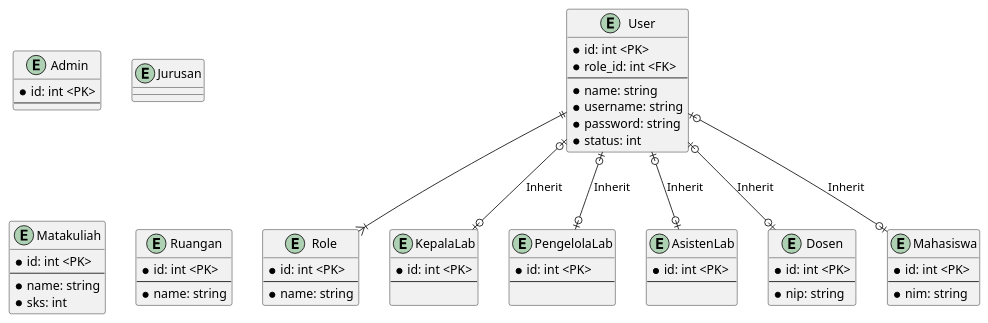
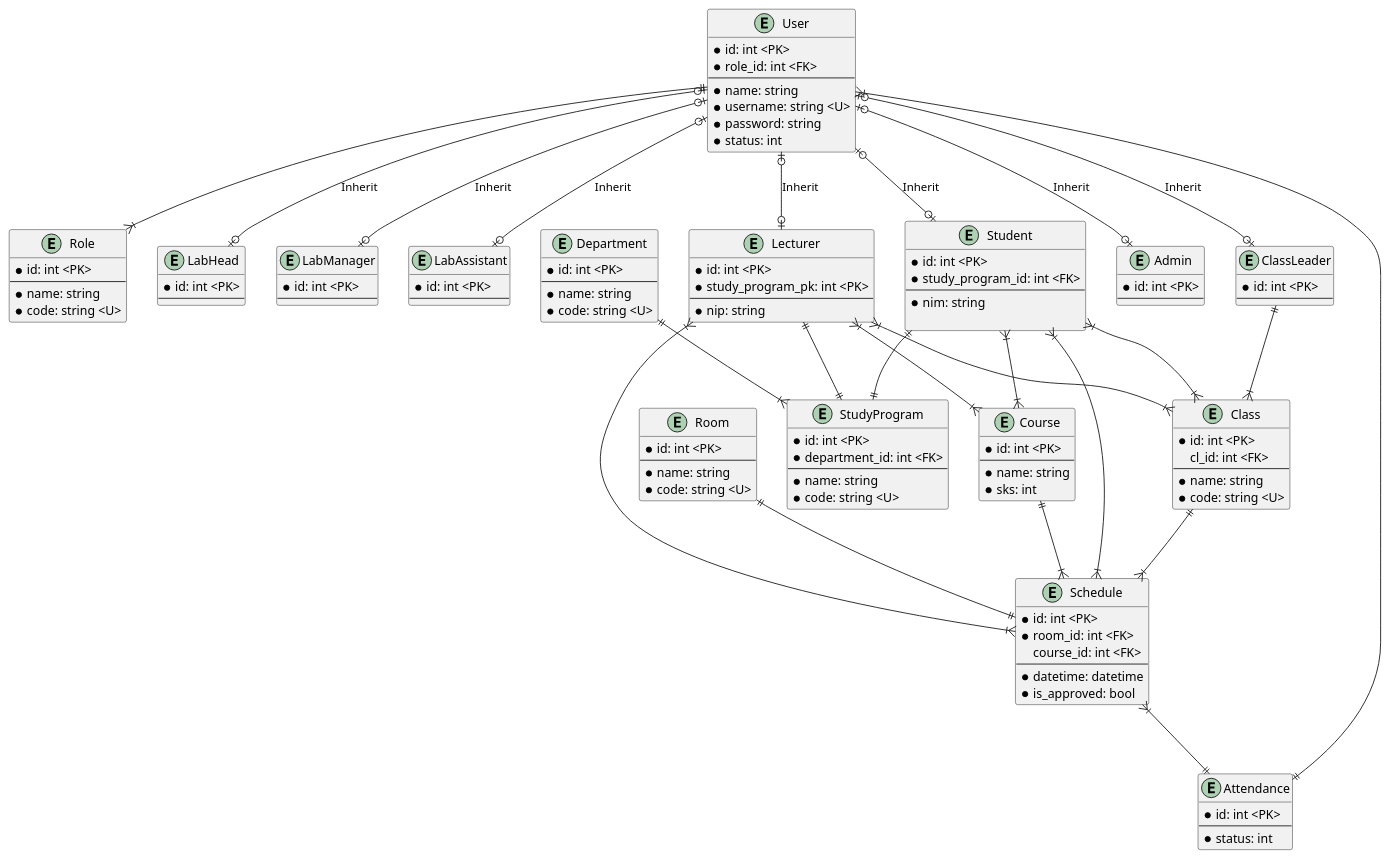
One commit to codebaradev/Simlab changed the diagram in docs/erd.plantuml. Above: the diagram before and after it, drawn with PlantUML. The commit also changed 4 other files, not shown here.

Commit message:
fix: some diagram

```diff
--- a/docs/erd.plantuml
+++ b/docs/erd.plantuml
@@ -1,84 +1,164 @@
 @startuml "Erd"
 
 
 ' --- Actor ---
 
 entity "User" as user { 
     * id: int <PK>
     * role_id: int <FK>
     ---
     * name: string
-    * username: string
+    * username: string <U>
     * password: string
     * status: int
 }
 
 entity "Role" as role {
     * id: int <PK>
     ---
     * name: string
+    * code: string <U>
 }
 
-entity "KepalaLab" as kepala_lab {
+entity "LabHead" as lab_head {
     * id: int <PK>
     ---
-    
 }
 
-entity "PengelolaLab" as pengelola_lab {
+entity "LabManager" as lab_manager {
     * id: int <PK>
     ---
-    
 }
 
-entity "AsistenLab" as aslab {
+entity "LabAssistant" as lab_assistant {
     * id: int <PK>
     ---
-    
 }
 
-entity "Dosen" as dosen {
+entity "Lecturer" as lecturer {
     * id: int <PK>
+    * study_program_pk: int <PK>
     ---
     * nip: string
 }
 
-entity "Mahasiswa" as mahasiswa {
+entity "Student" as student {
+    * id: int <PK>
+    * study_program_id: int <FK>
+    ---
+    * nim: string
+    
+}
+
+entity "ClassLeader" as class_leader {
     * id: int <PK>
     ---
-    * nim: string
 }
 
 entity "Admin" as admin {
     * id: int <PK>
     ---
 }
 
-entity "Jurusan" as jurusan {
-    
-} 
+' Main
 
-entity "Matakuliah" as matakuliah {
+entity "Department" as department {
+    * id: int <PK>
+    ---
+    * name: string
+    * code: string <U>
+}
+
+entity "StudyProgram" as study_program {
+    * id: int <PK>
+    * department_id: int <FK>
+    ---
+    * name: string
+    * code: string <U>
+}
+
+entity "Course" as course {
     * id: int <PK>
     ---
     * name: string
     * sks: int
 } 
 
-entity "Ruangan" as ruangan {
+entity "Attendance" as attendance {
+    * id: int <PK>
+    ---
+    * status: int 
+}
+
+entity "Schedule" as schedule {
+    * id: int <PK>
+    * room_id: int <FK>
+    course_id: int <FK>
+    ---
+    * datetime: datetime
+    * is_approved: bool
+}
+
+entity "Class" as class {
+    * id: int <PK>
+    cl_id: int <FK>
+    ---
+    * name: string
+    * code: string <U>
+}
+
+entity "Room" as room {
     * id: int <PK>
     ---
     * name: string
+    * code: string <U>
 }
+
+' StudyProgram and Department
+
+department ||--|{ study_program
+lecturer ||--|| study_program
+student ||--|| study_program
+
+' Roles
 
 user ||--|{ role
 
-user |o--o| kepala_lab: "Inherit"
-user |o--o| pengelola_lab: "Inherit"
-user |o--o| dosen: "Inherit"
-user |o--o| aslab: "Inherit"
-user |o--o| mahasiswa: "Inherit"
+user |o--o| admin: "Inherit"
+user |o--o| lab_head: "Inherit"
+user |o--o| lab_manager: "Inherit"
+user |o--o| lecturer: "Inherit"
+user |o--o| lab_assistant: "Inherit"
+user |o--o| student: "Inherit"
+user |o--o| class_leader: "Inherit"
+
+
+
+' class
+
+student }|--|{ class: ""
+lecturer }|--|{ class: ""
+class_leader ||--|{ class: ""
+
+' Schedule
+
+lecturer }|--|{ schedule: ""
+student }|--|{ schedule: ""
+room ||--||schedule: ""
+class ||--|{ schedule:""
+course ||--|{ schedule:""
+
+' Attendance
+
+user }|--|| attendance: ""
+schedule }|--|| attendance: ""
+
+' Course
+
+lecturer }|--|{ course: ""
+student }|--|{ course: ""
+
 
 
 
 @enduml
```
